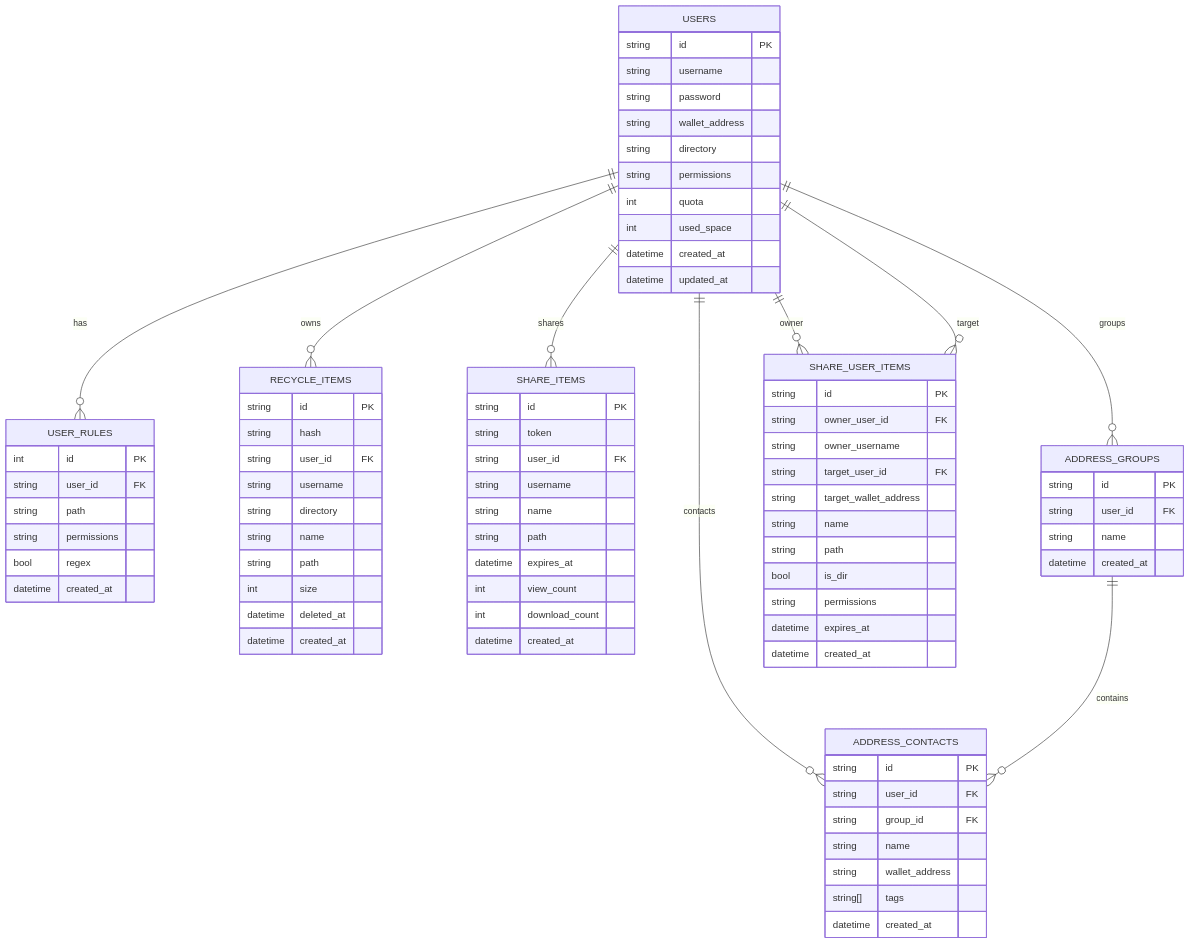
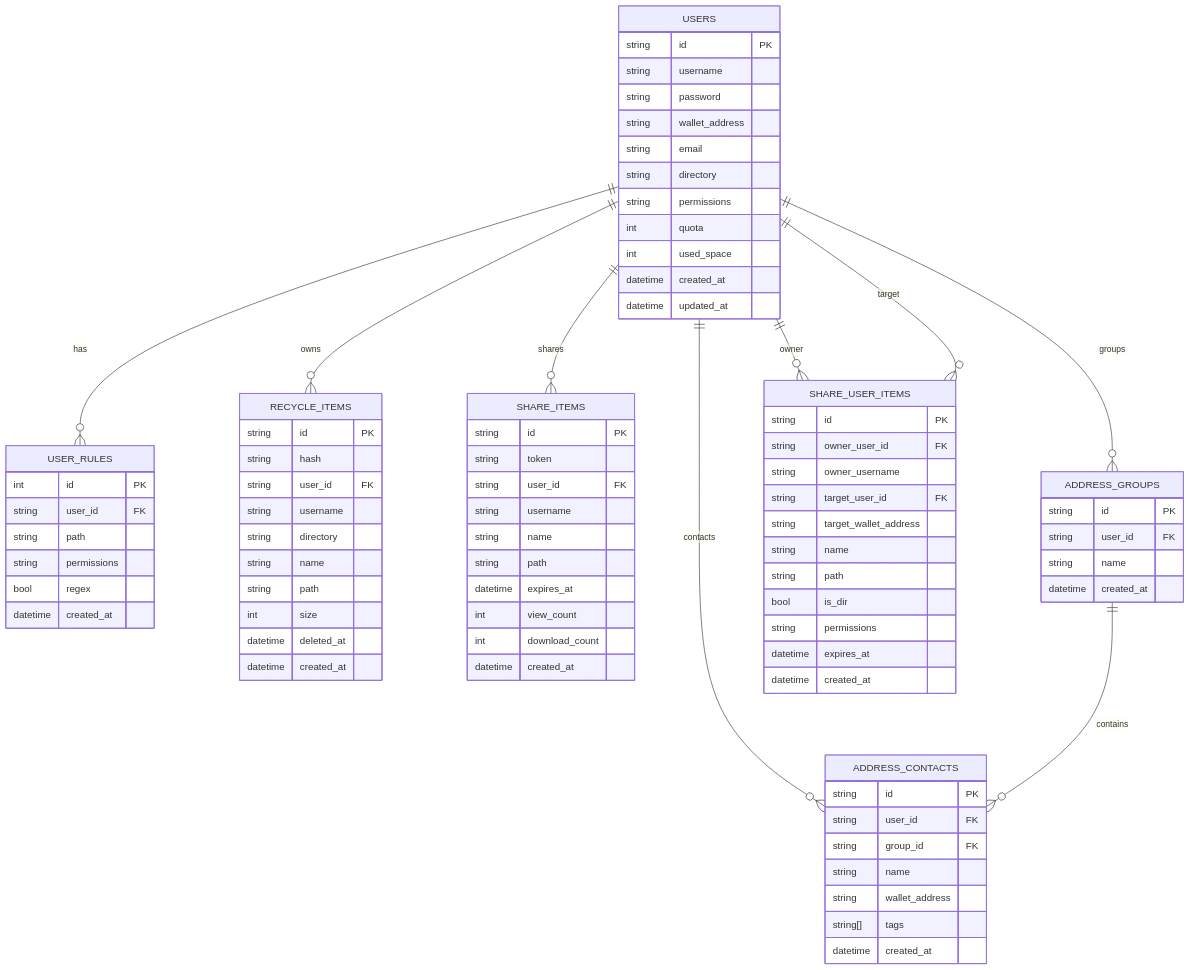
One commit to yeying-community/webdav changed the diagram in docs/en/data-model.md. Above: the diagram before and after it, drawn with Mermaid. The commit also changed other lines of this file and 29 other files, not shown here.

```diff
--- a/docs/en/data-model.md
+++ b/docs/en/data-model.md
@@ -21,6 +21,7 @@
         string username
         string password
         string wallet_address
+        string email
         string directory
         string permissions
         int quota
```
